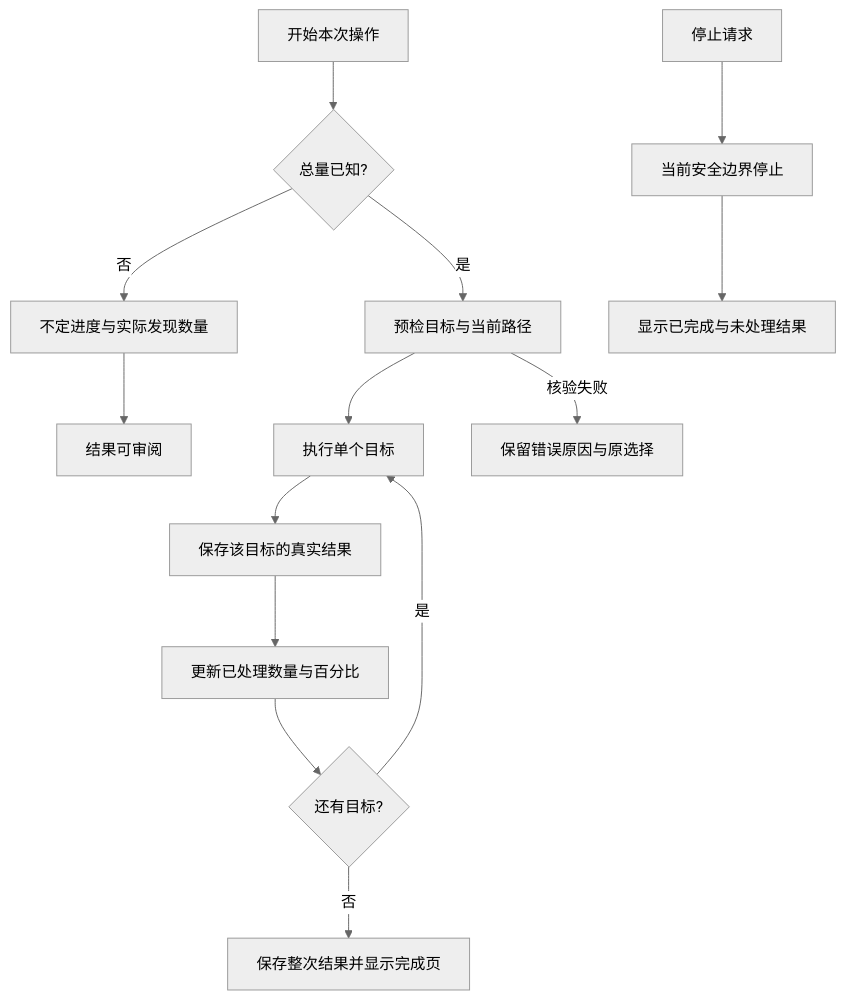
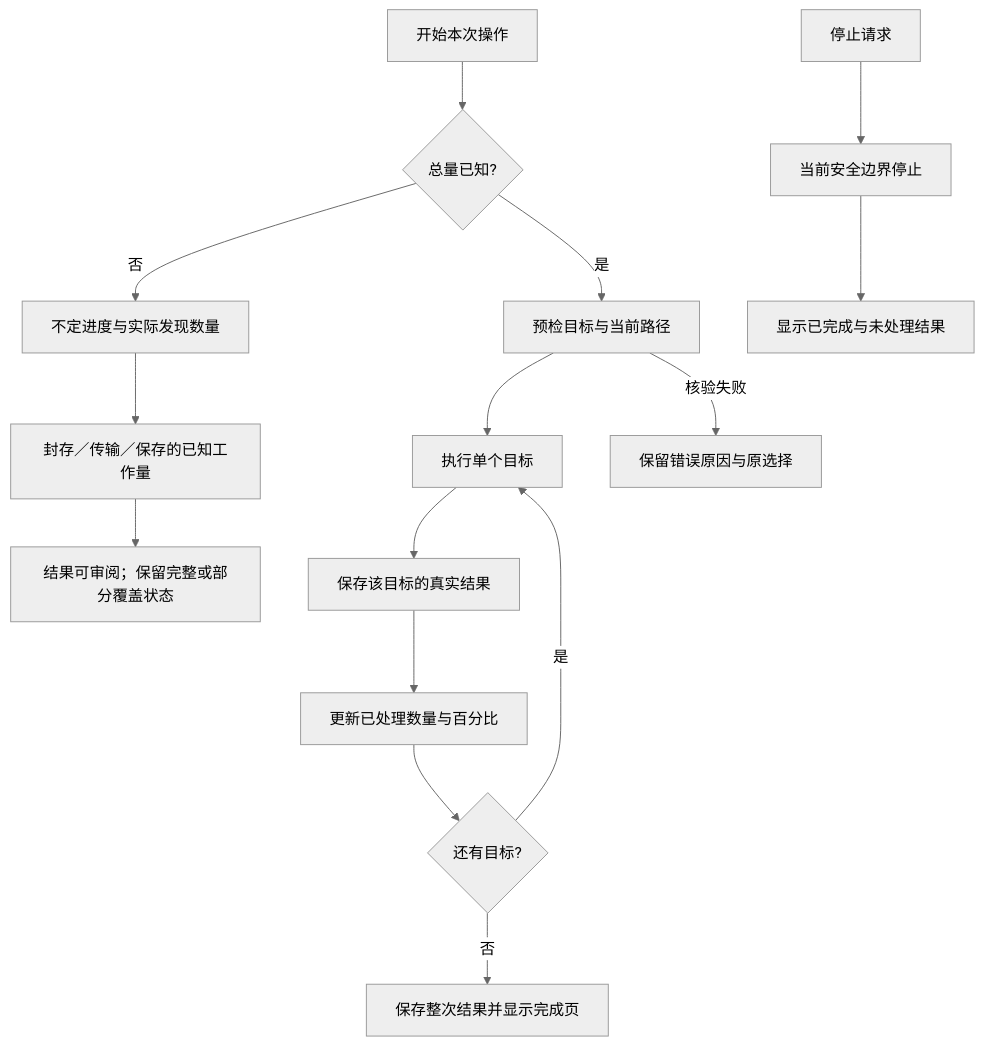
Before and after one commit to limecloud/shou: the second of 3 diagrams in docs/zh-CN/product/operation-progress.md, drawn with Mermaid (neutral theme). The commit also changed other lines of this file and 86 other files, not shown here.

````diff
--- a/docs/zh-CN/product/operation-progress.md
+++ b/docs/zh-CN/product/operation-progress.md
@@ -44,16 +48,17 @@
 ```mermaid
 flowchart TD
   Start[开始本次操作] --> Known{总量已知?}
   Known -->|否| Discover[不定进度与实际发现数量]
-  Discover --> Ready[结果可审阅]
+  Discover --> Stage[封存／传输／保存的已知工作量]
+  Stage --> Ready[结果可审阅；保留完整或部分覆盖状态]
   Known -->|是| Check[预检目标与当前路径]
   Check --> Work[执行单个目标]
   Work --> Save[保存该目标的真实结果]
   Save --> Count[更新已处理数量与百分比]
   Count --> More{还有目标?}
   More -->|是| Work
   More -->|否| Finish[保存整次结果并显示完成页]
   Stop[停止请求] --> Boundary[当前安全边界停止]
   Boundary --> Partial[显示已完成与未处理结果]
   Check -->|核验失败| Error[保留错误原因与原选择]
 ```
````
